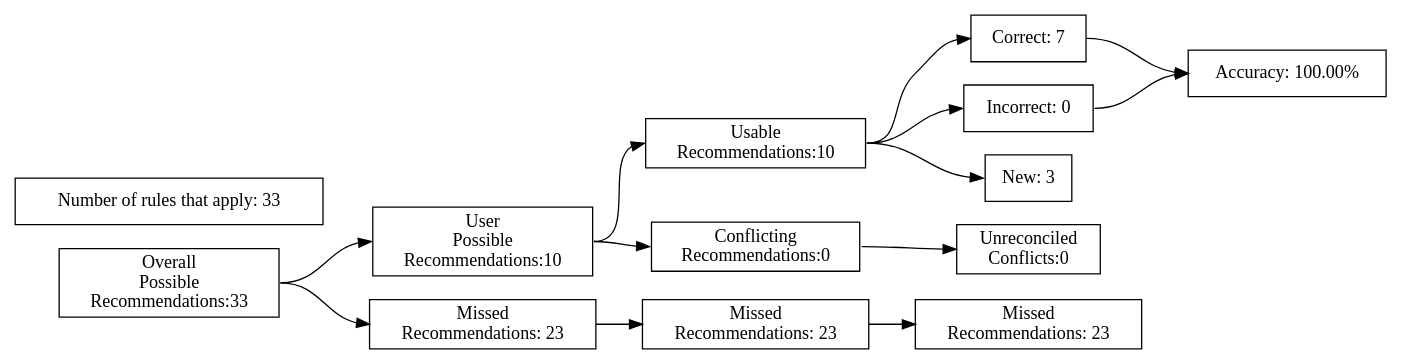
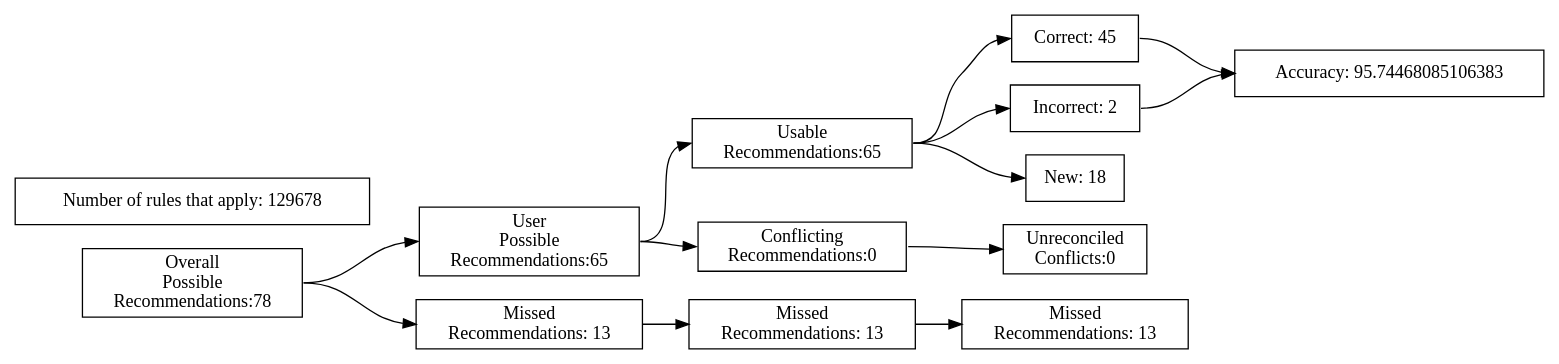
The diagram in test_renders/94.gv (ZaxR/ibd_diet_analysis), drawn with Graphviz before and after one commit. The commit also changed 231 other files, not shown here.

```diff
--- a/test_renders/94.gv
+++ b/test_renders/94.gv
@@ -1,40 +1,40 @@
 digraph {
 	graph [rankdir=LR]
 	node [pos=r shape=box]
 	edge [headport=w tailport=e]
 		A [label="Overall
 Possible
-Recommendations:33"]
+Recommendations:78"]
 		B [label="User
 Possible
-Recommendations:10"]
+Recommendations:65"]
 		C [label="Missed
-Recommendations: 23"]
+Recommendations: 13"]
 		D [label="Usable
-Recommendations:10"]
+Recommendations:65"]
 		E [label="Conflicting
 Recommendations:0"]
 		J [label="Missed
-Recommendations: 23"]
+Recommendations: 13"]
 		M [label="Unreconciled
 Conflicts:0"]
-		F [label="Correct: 7"]
-		G [label="Incorrect: 0"]
-		H [label="New: 3"]
+		F [label="Correct: 45"]
+		G [label="Incorrect: 2"]
+		H [label="New: 18"]
 		K [label="Missed
-Recommendations: 23"]
-		I [label="Accuracy: 100.00%"]
-		l [label="Number of rules that apply: 33"]
+Recommendations: 13"]
+		I [label="Accuracy: 95.74468085106383"]
+		l [label="Number of rules that apply: 129678"]
 			A -> B
 			A -> C
 			B -> D
 			B -> E
 			D -> F
 			D -> G
 			D -> H
 			F -> I
 			G -> I
 			C -> J
 			J -> K
 			E -> M
 }
```
